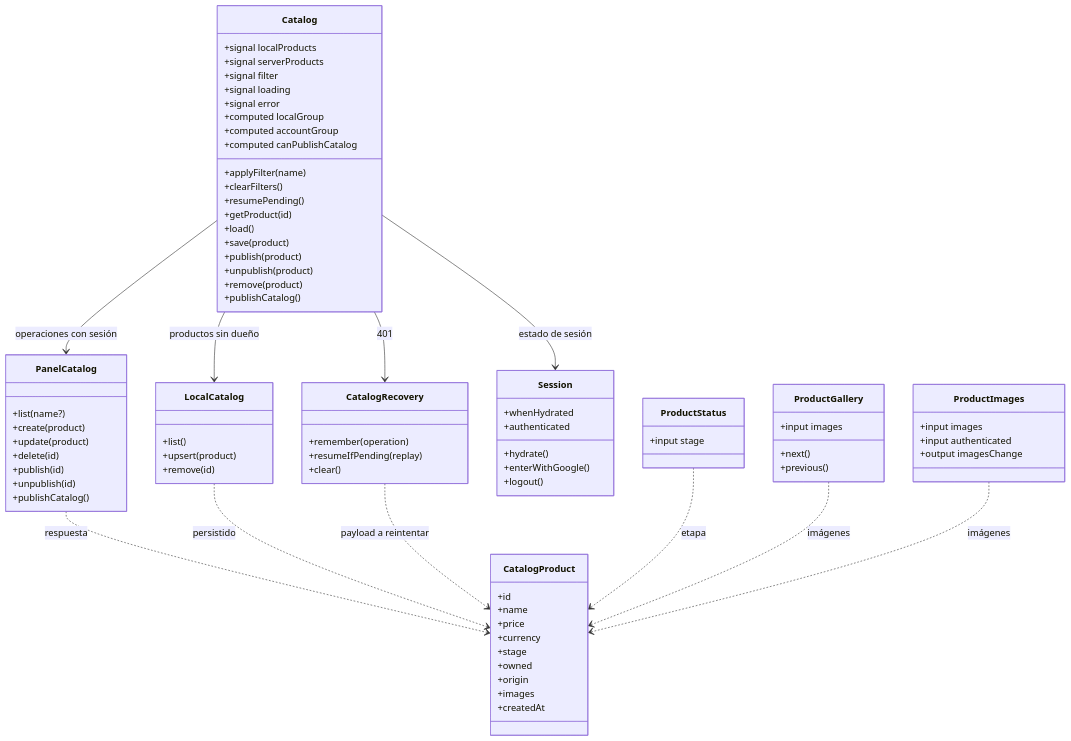
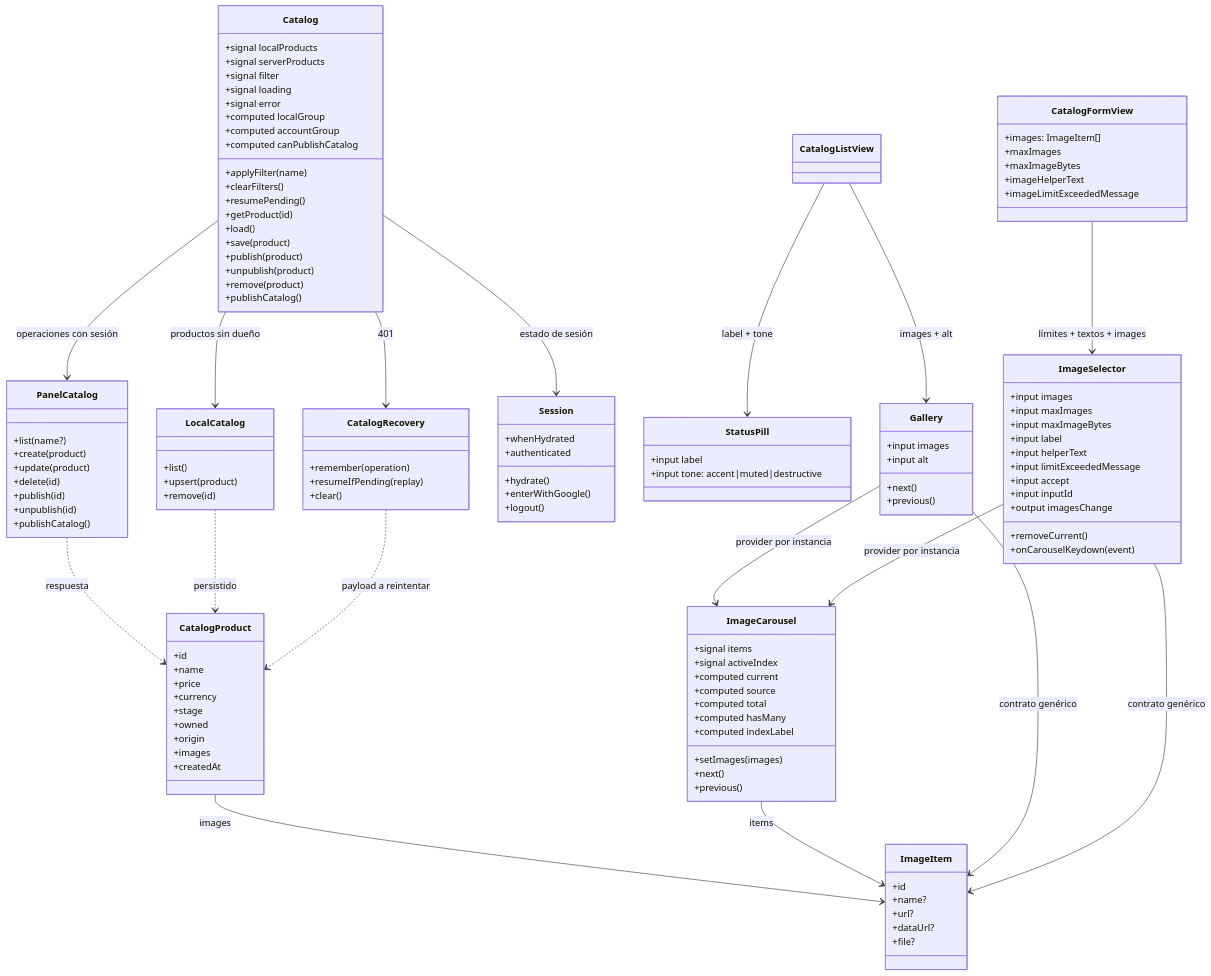
One commit to Dariosoft/fes-panel-web changed the ninth of 10 diagrams in specs/002-panel-catalog-management/uml.md. Above: the diagram before and after it, drawn with Mermaid. The commit also changed other lines of this file and 31 other files, not shown here.

````diff
--- a/specs/002-panel-catalog-management/uml.md
+++ b/specs/002-panel-catalog-management/uml.md
@@ -427,18 +442,55 @@
     +enterWithGoogle()
     +logout()
   }
-  class ProductStatus {
-    +input stage
+  class CatalogListView
+  class CatalogFormView {
+    +images: ImageItem[]
+    +maxImages
+    +maxImageBytes
+    +imageHelperText
+    +imageLimitExceededMessage
   }
-  class ProductGallery {
+  class StatusPill {
+    +input label
+    +input tone: accent|muted|destructive
+  }
+  class Gallery {
     +input images
+    +input alt
     +next()
     +previous()
   }
-  class ProductImages {
+  class ImageSelector {
     +input images
-    +input authenticated
+    +input maxImages
+    +input maxImageBytes
+    +input label
+    +input helperText
+    +input limitExceededMessage
+    +input accept
+    +input inputId
     +output imagesChange
+    +removeCurrent()
+    +onCarouselKeydown(event)
+  }
+  class ImageCarousel {
+    +signal items
+    +signal activeIndex
+    +computed current
+    +computed source
+    +computed total
+    +computed hasMany
+    +computed indexLabel
+    +setImages(images)
+    +next()
+    +previous()
+  }
+  class ImageItem {
+    +id
+    +name?
+    +url?
+    +dataUrl?
+    +file?
   }
   class CatalogProduct {
     +id
@@ -458,7 +510,13 @@
   PanelCatalog ..> CatalogProduct : respuesta
   LocalCatalog ..> CatalogProduct : persistido
   CatalogRecovery ..> CatalogProduct : payload a reintentar
-  ProductStatus ..> CatalogProduct : etapa
-  ProductGallery ..> CatalogProduct : imágenes
-  ProductImages ..> CatalogProduct : imágenes
+  CatalogProduct --> ImageItem : images
+  CatalogListView --> StatusPill : label + tone
+  CatalogListView --> Gallery : images + alt
+  CatalogFormView --> ImageSelector : límites + textos + images
+  Gallery --> ImageCarousel : provider por instancia
+  ImageSelector --> ImageCarousel : provider por instancia
+  ImageCarousel --> ImageItem : items
+  Gallery --> ImageItem : contrato genérico
+  ImageSelector --> ImageItem : contrato genérico
 ```
````
